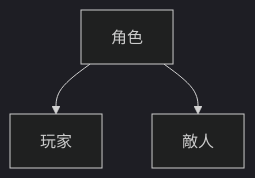
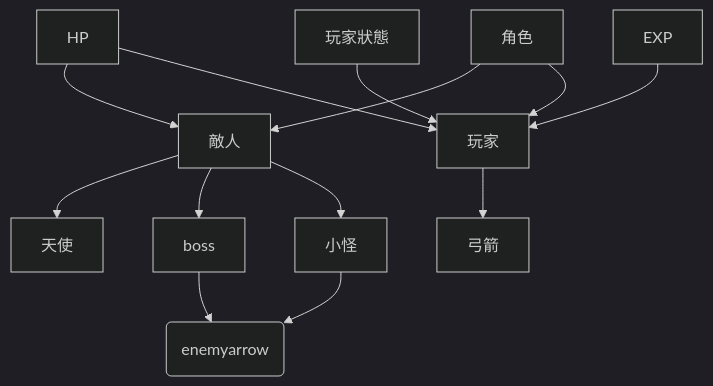
One commit to Du-Brandon/oop_game changed the diagram in final_report/2025OOPL_Final.md. Above: the diagram before and after it, drawn with Mermaid (dark theme).

Commit message:
4.9.0 25關完成，bugfix

````diff
--- a/final_report/2025OOPL_Final.md
+++ b/final_report/2025OOPL_Final.md
@@ -32,7 +32,20 @@
 ```mermaid
 graph TD
     角色 --> 玩家
     角色 --> 敵人
 
-    
+    敵人 --> 小怪
+    敵人 --> boss
+    敵人 --> 天使
+
+    玩家 --> 弓箭
+    小怪 --> 敵人弓箭(enemyarrow)
+    boss --> 敵人弓箭(enemyarrow)
+
+    EXP --> 玩家
+    玩家狀態 --> 玩家
+
+    HP --> 玩家
+    HP --> 敵人
+
 ```
````
